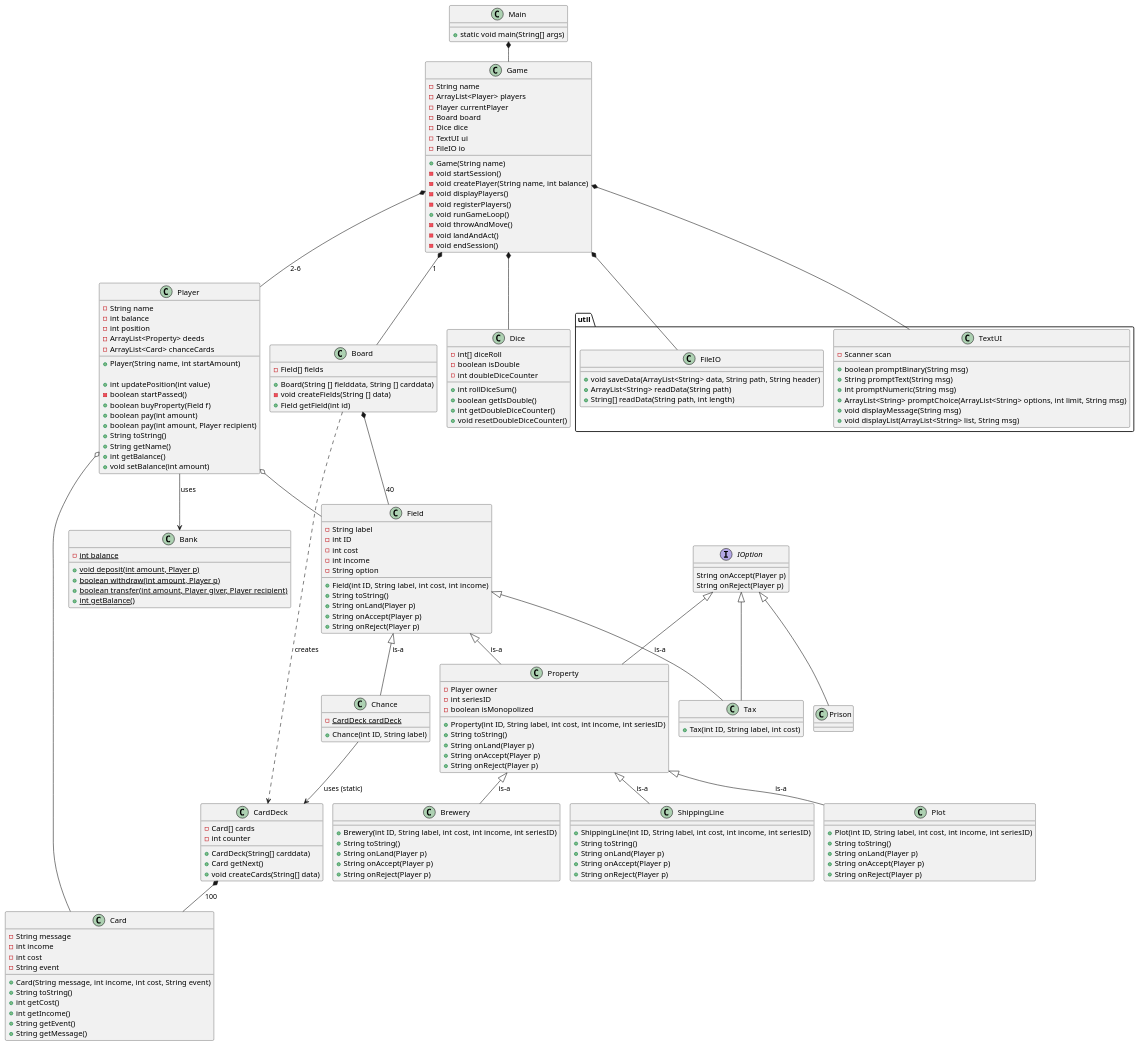
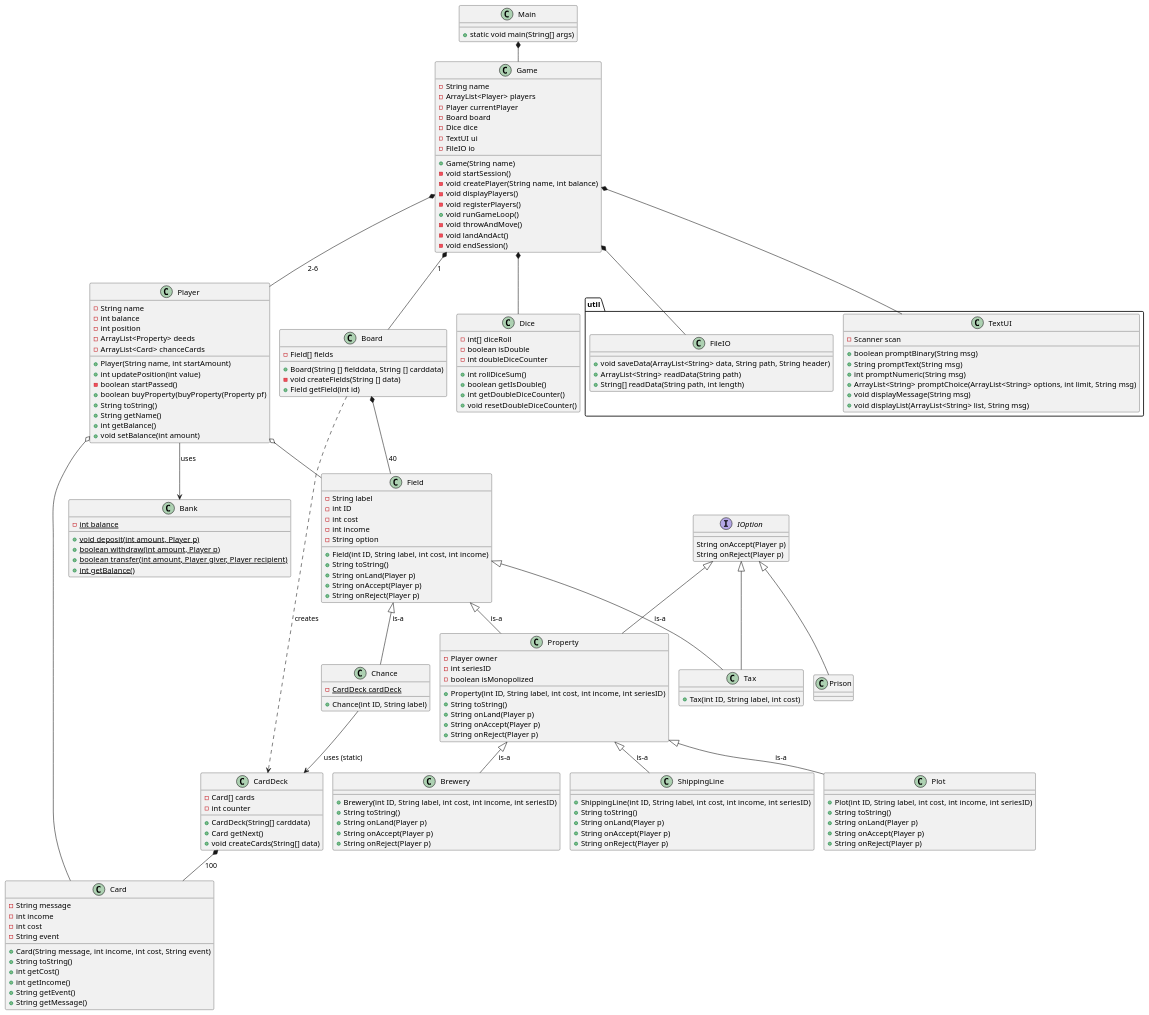
The diagram in doc/plan/static/classdiagram_v2.puml (Dat1Cphbusiness/MonopolyE25), drawn with PlantUML before and after one commit. The commit also changed 1 other file, not shown here.

```diff
--- a/doc/plan/static/classdiagram_v2.puml
+++ b/doc/plan/static/classdiagram_v2.puml
@@ -1,200 +1,198 @@
 @startuml
 !pragma layout smetana
 
 class Main{
 + static void main(String[] args)
 }
 
 
 
 
 class Game{
  - String name
  - ArrayList<Player> players
  - Player currentPlayer
  - Board board
  - Dice dice
  'utilities
   - TextUI ui
   - FileIO io
   'Contructor
  + Game(String name)
  'Methods
  - void startSession()
  - void createPlayer(String name, int balance)
  - void displayPlayers()
  - void registerPlayers()
  + void runGameLoop()
  - void throwAndMove()
  - void landAndAct()
  - void endSession()
 
 }
 
+
 class Player{
 - String name
 - int balance
 - int position
 - ArrayList<Property> deeds
 - ArrayList<Card> chanceCards
-
 + Player(String name, int startAmount)
-
 + int updatePosition(int value)
 - boolean startPassed()
-+ boolean buyProperty(Field f)
-+ boolean pay(int amount)
-+ boolean pay(int amount, Player recipient)
++ boolean buyProperty(buyProperty(Property pf)
 + String toString()
 + String getName()
 + int getBalance()
 + void setBalance(int amount)
 }
+
 
 class Bank{
 - {static} int balance
 + {static} void deposit(int amount, Player p)
 + {static} boolean withdraw(int amount, Player p)
 + {static} boolean transfer(int amount, Player giver, Player recipient)
 + {static} int getBalance()
 }
 
 class Field{
  - String label
  - int ID
  - int cost
  - int income
  - String option
  + Field(int ID, String label, int cost, int income)
  + String toString()
  + String onLand(Player p)
  + String onAccept(Player p)
  + String onReject(Player p)
 }
 class Board{
  - Field[] fields
  + Board(String [] fielddata, String [] carddata)
 'konstruktoren instansierer CardDeck med carddata som argument og tildeler til Chance.cardDeck
  - void createFields(String [] data)
  + Field getField(int id)
 
 }
 
 class Property{
  - Player owner
  - int seriesID
  - boolean isMonopolized
  + Property(int ID, String label, int cost, int income, int seriesID)
  + String toString()
   + String onLand(Player p)
   + String onAccept(Player p)
   + String onReject(Player p)
 }
 
 class Plot{
  + Plot(int ID, String label, int cost, int income, int seriesID)
  + String toString()
   + String onLand(Player p)
   + String onAccept(Player p)
   + String onReject(Player p)
  }
 
  class Brewery{
 
   + Brewery(int ID, String label, int cost, int income, int seriesID)
   + String toString()
    + String onLand(Player p)
    + String onAccept(Player p)
    + String onReject(Player p)
   }
 
   class ShippingLine{
 
    + ShippingLine(int ID, String label, int cost, int income, int seriesID)
    + String toString()
     + String onLand(Player p)
     + String onAccept(Player p)
     + String onReject(Player p)
    }
 
 class Chance{
  - {static} CardDeck cardDeck
  + Chance(int ID, String label)
 }
 class Tax{
  + Tax(int ID, String label, int cost)
 }
 class CardDeck {
 - Card[] cards
 - int counter
 + CardDeck(String[] carddata)
 + Card getNext()
 + void createCards(String[] data)
 }
 class Card{
 -String message
 -int income
 -int cost
 -String event
 +Card(String message, int income, int cost, String event)
 +String toString()
 + int getCost()
 + int getIncome()
 + String getEvent()
 + String getMessage()
 }
 
 class Dice{
  - int[] diceRoll
  - boolean isDouble
  - int doubleDiceCounter
  + int rollDiceSum()
  + boolean getIsDouble()
  + int getDoubleDiceCounter()
  + void resetDoubleDiceCounter()
  }
 package "util" {
 class TextUI {
 - Scanner scan
 + boolean promptBinary(String msg)
 + String promptText(String msg)
 + int promptNumeric(String msg)
 + ArrayList<String> promptChoice(ArrayList<String> options, int limit, String msg)
 + void displayMessage(String msg)
 + void displayList(ArrayList<String> list, String msg)
 }
 
 class FileIO{
 + void saveData(ArrayList<String> data, String path, String header)
 + ArrayList<String> readData(String path)
 + String[] readData(String path, int length)
 }
 }
 interface IOption{
  String onAccept(Player p)
  String onReject(Player p)
 }
 IOption <|-- Property
 IOption <|-- Tax
 IOption <|-- Prison
 Field <|-- Property: is-a
 Field <|-- Chance: is-a
 Field <|-- Tax: is-a
 Property <|-- Plot: is-a
 Property <|-- Brewery: is-a
  Property <|-- ShippingLine: is-a
 Game *-- TextUI
 Main *-- Game
 Game *-- Player: 2-6
 Game *-- FileIO
 Player --> Bank:uses
 Game *-- Board:1
 Board *-- Field:40
 Board ..> CardDeck : creates
 Chance --> CardDeck : uses (static)
 CardDeck *-- Card:100
 Game *-- Dice
 Player o-- Card
 Player o-- Field
 
 @enduml
```
